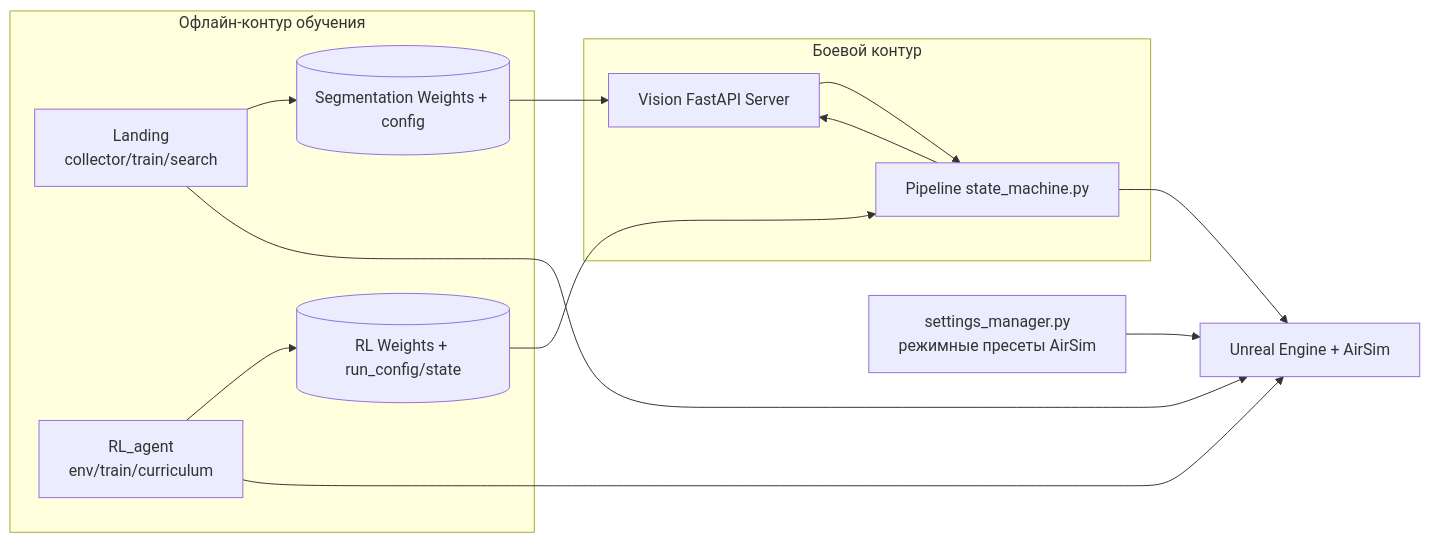
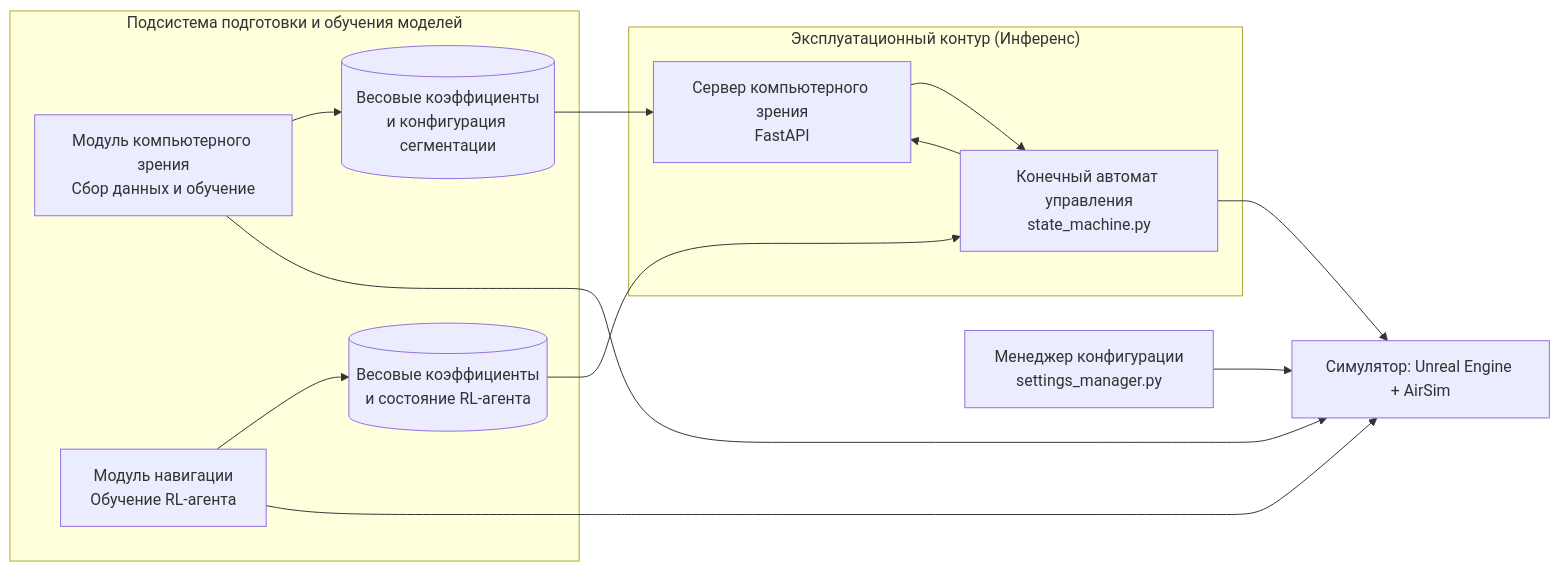
The diagram in docs/README.md (AsterPhys/Diploma), drawn with Mermaid before and after one commit.

````diff
--- a/docs/README.md
+++ b/docs/README.md
@@ -39,28 +39,28 @@
 ```mermaid
 flowchart LR
-    UE[Unreal Engine + AirSim]
-    SM[settings_manager.py<br/>режимные пресеты AirSim]
+    UE[Симулятор: Unreal Engine + AirSim]
+    SM[Менеджер конфигурации<br/>settings_manager.py]
 
-    subgraph OFFLINE["Офлайн-контур обучения"]
-        L[Landing<br/>collector/train/search]
-        R[RL_agent<br/>env/train/curriculum]
-        Lw[(Segmentation Weights + config)]
-        Rw[(RL Weights + run_config/state)]
+    subgraph OFFLINE["Подсистема подготовки и обучения моделей"]
+        L[Модуль компьютерного зрения<br/>Сбор данных и обучение]
+        R[Модуль навигации<br/>Обучение RL-агента]
+        Lw[(Весовые коэффициенты<br/>и конфигурация сегментации)]
+        Rw[(Весовые коэффициенты<br/>и состояние RL-агента)]
         L --> Lw
         R --> Rw
     end
 
-    subgraph ONLINE["Боевой контур"]
-        P[Pipeline state_machine.py]
-        VS[Vision FastAPI Server]
+    subgraph ONLINE["Эксплуатационный контур (Инференс)"]
+        P[Конечный автомат управления<br/>state_machine.py]
+        VS[Сервер компьютерного зрения<br/>FastAPI]
     end
 
     SM --> UE
     L --> UE
     R --> UE
     P --> UE
     P --> VS
     VS --> P
     Lw --> VS
     Rw --> P
 ```
````
